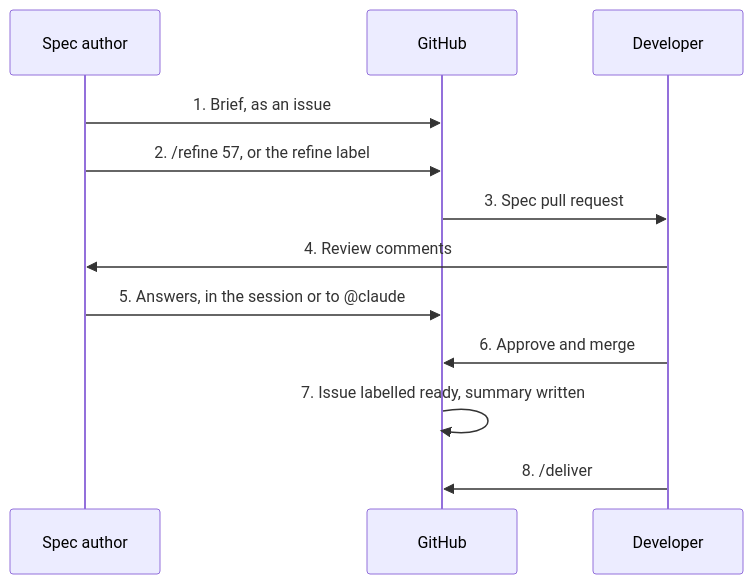
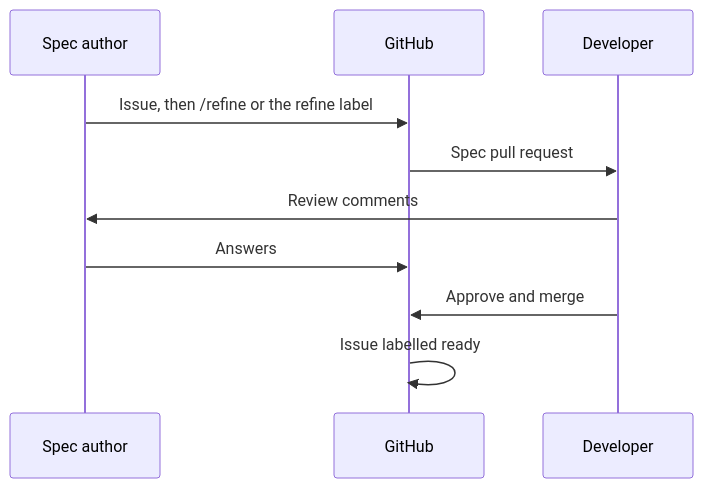
The diagram in docs/guide/refining.md (dibbdob/claude-code-governed-workflow), drawn with Mermaid before and after one commit. The commit also changed other lines of this file and 8 other files, not shown here.

````diff
--- a/docs/guide/refining.md
+++ b/docs/guide/refining.md
@@ -11,14 +7,12 @@
 ```mermaid
 sequenceDiagram
   participant A as Spec author
   participant G as GitHub
   participant D as Developer
-  A->>G: 1. Brief, as an issue
-  A->>G: 2. /refine 57, or the refine label
-  G->>D: 3. Spec pull request
-  D->>A: 4. Review comments
-  A->>G: 5. Answers, in the session or to @claude
-  D->>G: 6. Approve and merge
-  G->>G: 7. Issue labelled ready, summary written
-  D->>G: 8. /deliver
+  A->>G: Issue, then /refine or the refine label
+  G->>D: Spec pull request
+  D->>A: Review comments
+  A->>G: Answers
+  D->>G: Approve and merge
+  G->>G: Issue labelled ready
 ```
````
